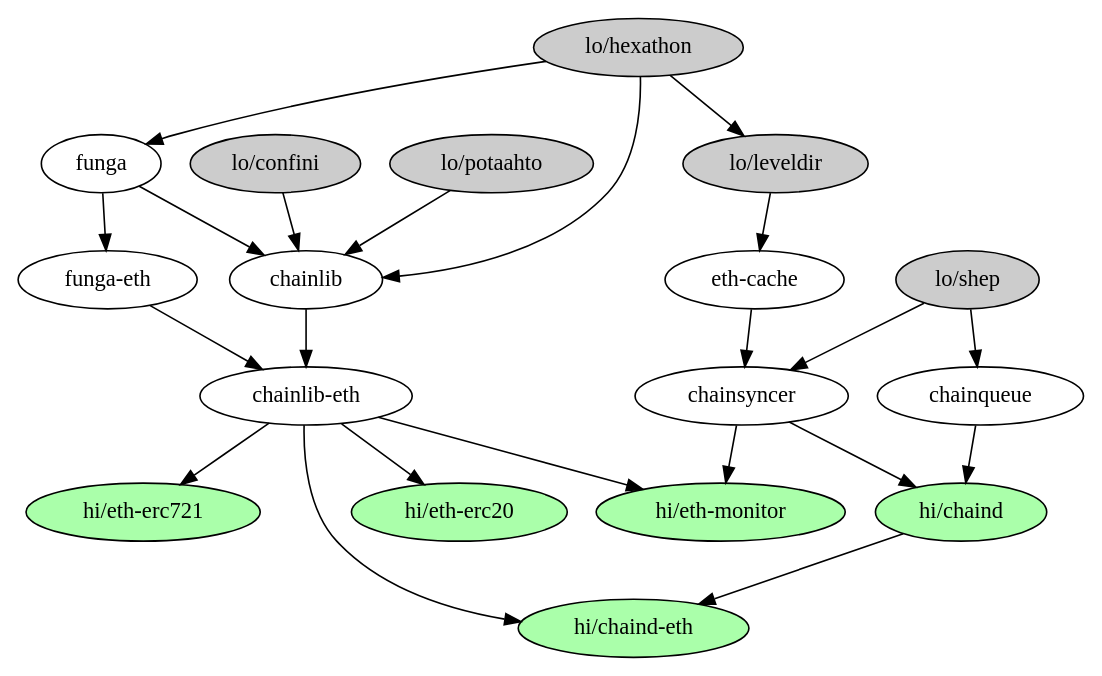
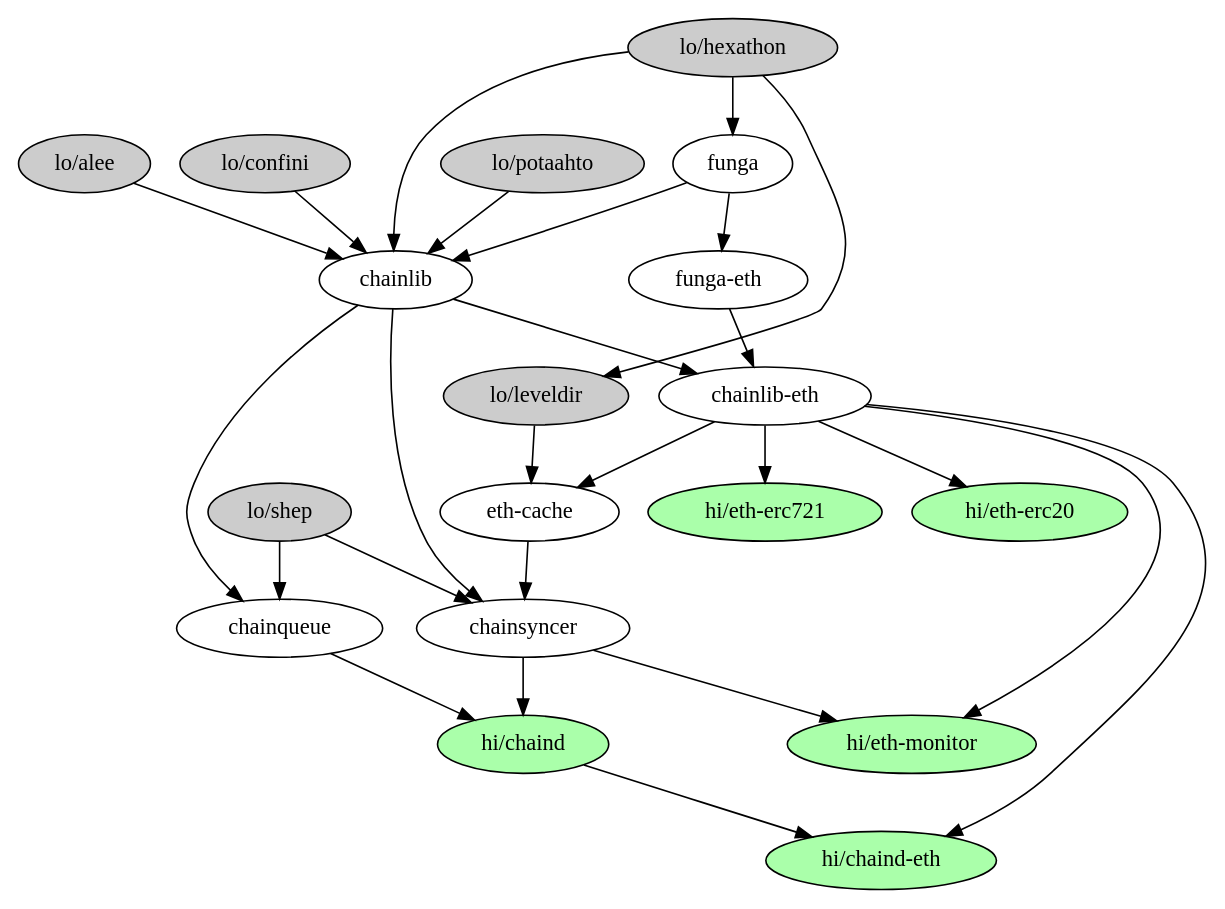
The diagram in deps.dot (chaintool-py/documentation), drawn with Graphviz before and after one commit. The commit also changed 3 other files, not shown here.

```diff
--- a/deps.dot
+++ b/deps.dot
@@ -1,52 +1,59 @@
 digraph {
 	confini [ label="lo/confini", style="filled"; fillcolor="#cccccc" ];
 	hexathon [ label="lo/hexathon", style="filled"; fillcolor="#cccccc" ];
 	potaahto [ label="lo/potaahto", style="filled"; fillcolor="#cccccc" ];
 	leveldir [ label="lo/leveldir", style="filled"; fillcolor="#cccccc" ];
 	shep [ label="lo/shep", style="filled"; fillcolor="#cccccc" ];
+	aiee [ label="lo/alee", style="filled"; fillcolor="#cccccc" ];
 
 	chainlib [ label="chainlib" ];
 	chainlib_eth [ label="chainlib-eth" ];
 	funga [ label="funga" ];
 	funga_eth [ label="funga-eth" ];
 	eth_cache [ label="eth-cache" ];
 	chainsyncer [ label="chainsyncer" ];
 	chainqueue [ label="chainqueue" ];
 
 	chaind [ label="hi/chaind", style="filled", fillcolor="#aaffaa" ];
 	chaind_eth [ label="hi/chaind-eth", style="filled", fillcolor="#aaffaa" ];
 
 	eth_monitor [ label="hi/eth-monitor", style="filled", fillcolor="#aaffaa" ];
 
 	eth_erc20 [ label="hi/eth-erc20", style="filled", fillcolor="#aaffaa" ];
 	eth_erc721 [ label="hi/eth-erc721", style="filled", fillcolor="#aaffaa" ];
 
+	aiee -> chainlib
+
 	confini -> chainlib
 	hexathon -> chainlib
 	potaahto -> chainlib
 	chainlib -> chainlib_eth
 	
 	hexathon -> funga
 	funga -> funga_eth
 
 	hexathon -> leveldir -> eth_cache
+
+	chainlib -> chainsyncer
+	chainlib -> chainqueue
+	chainlib_eth -> eth_cache
 
 	eth_cache -> chainsyncer
 	shep -> chainsyncer
 	shep -> chainqueue
 
 	chainsyncer -> chaind
 	chainqueue -> chaind
 	chaind -> chaind_eth
 
 	chainsyncer -> eth_monitor
 
 	chainlib_eth -> eth_erc20
 	chainlib_eth -> eth_erc721
 
 	funga -> chainlib
 	funga_eth -> chainlib_eth
 
 	chainlib_eth -> eth_monitor
 	chainlib_eth -> chaind_eth
 }
```
